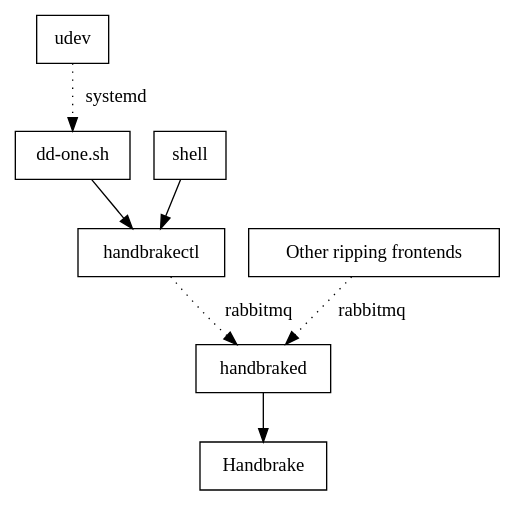
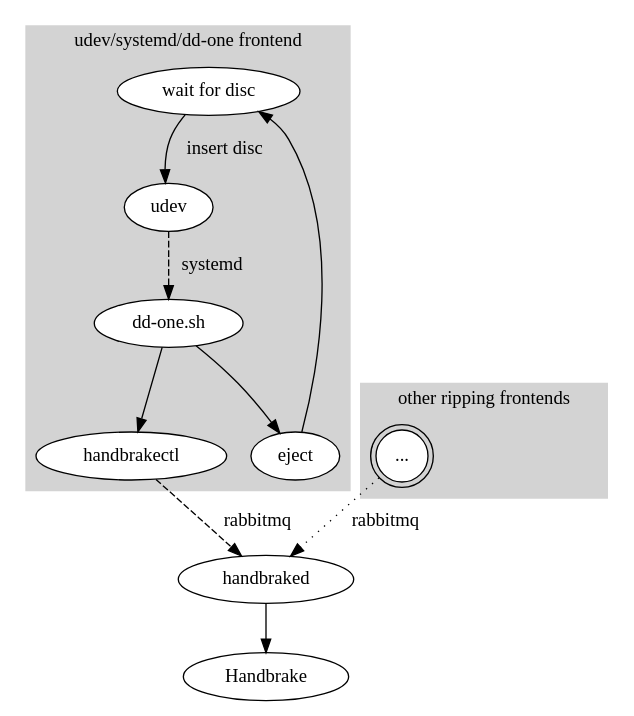
One commit to mgalgs/mgalgs.github.io changed the diagram in static/handbraked2.dot. Above: the diagram before and after it, drawn with Graphviz. The commit also changed 3 other files, not shown here.

Commit message:
handbraked: more details on dot graphs

```diff
--- a/static/handbraked2.dot
+++ b/static/handbraked2.dot
@@ -1,9 +1,24 @@
 digraph G {
-    node [shape="box"];
-    udev -> "dd-one.sh" [label=" systemd",style=dotted];
-    "dd-one.sh" -> handbrakectl;
-    shell -> handbrakectl;
-    handbrakectl -> handbraked [label=" rabbitmq",style=dotted];
-    "Other ripping frontends" -> handbraked [label=" rabbitmq",style=dotted];
+    subgraph cluster_ddonefrontend {
+        node [style=filled,fillcolor=white];
+        style=filled;
+        color=lightgrey;
+        label="udev/systemd/dd-one frontend";
+        "wait for disc" -> udev [label=" insert disc  "];
+        udev -> "dd-one.sh" [label=" systemd",style=dashed];
+        "dd-one.sh" -> handbrakectl;
+        "dd-one.sh" -> eject;
+        eject -> "wait for disc";
+    }
+
+    subgraph cluster_otherfrontends {
+        node [style=filled,fillcolor=white];
+        style=filled;
+        color=lightgrey;
+        label="other ripping frontends"
+        "..." [shape=doublecircle];
+    } -> handbraked [label=" rabbitmq",style=dotted];
+
+    handbrakectl -> handbraked [label=" rabbitmq",style=dashed];
     handbraked -> Handbrake;
 }
```
